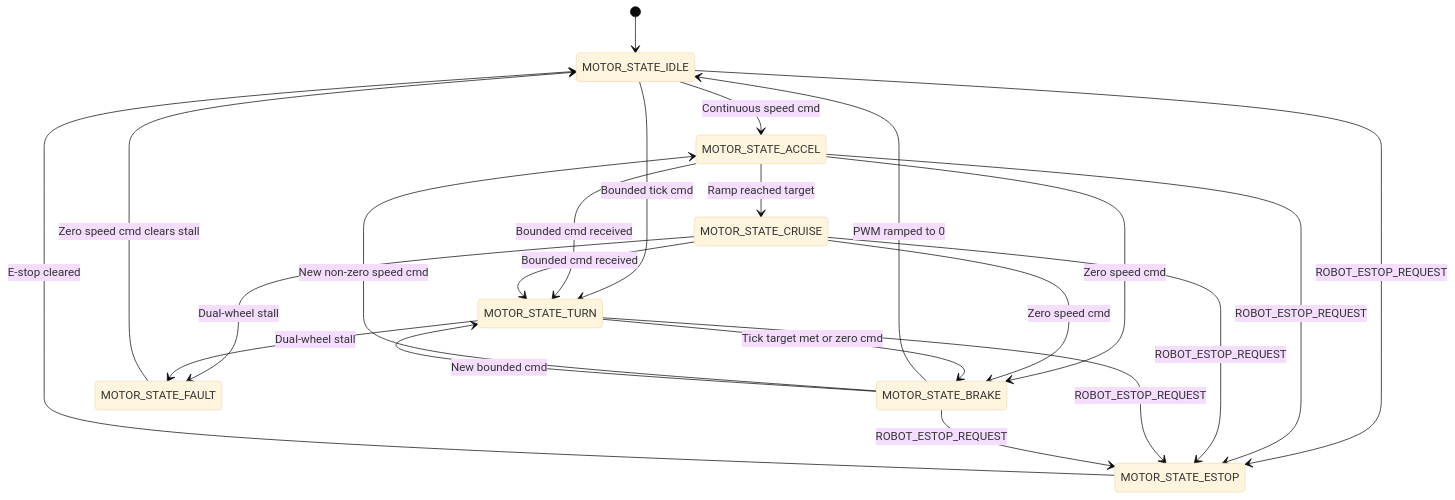
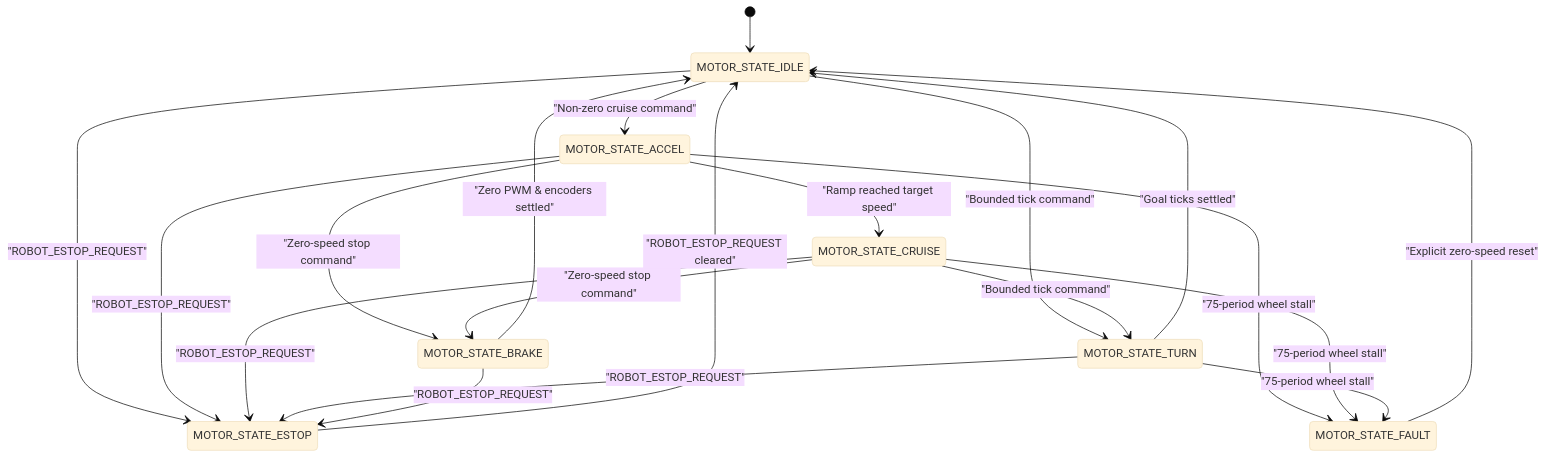
Before and after one commit to HingYuan/INF2004_EmbeddedSystems_Project: the fourth of 5 diagrams in docs/fsm_diagrams.md, drawn with Mermaid (base theme). The commit also changed other lines of this file and 61 other files, not shown here.

````diff
--- a/docs/fsm_diagrams.md
+++ b/docs/fsm_diagrams.md
@@ -54,24 +85,22 @@
 ```mermaid
 stateDiagram-v2
     [*] --> MOTOR_STATE_IDLE
-    MOTOR_STATE_IDLE --> MOTOR_STATE_ACCEL : Continuous speed cmd
-    MOTOR_STATE_IDLE --> MOTOR_STATE_TURN : Bounded tick cmd
-    MOTOR_STATE_ACCEL --> MOTOR_STATE_CRUISE : Ramp reached target
-    MOTOR_STATE_ACCEL --> MOTOR_STATE_TURN : Bounded cmd received
-    MOTOR_STATE_ACCEL --> MOTOR_STATE_BRAKE : Zero speed cmd
-    MOTOR_STATE_CRUISE --> MOTOR_STATE_TURN : Bounded cmd received
-    MOTOR_STATE_CRUISE --> MOTOR_STATE_BRAKE : Zero speed cmd
-    MOTOR_STATE_CRUISE --> MOTOR_STATE_FAULT : Dual-wheel stall
-    MOTOR_STATE_TURN --> MOTOR_STATE_BRAKE : Tick target met or zero cmd
-    MOTOR_STATE_TURN --> MOTOR_STATE_FAULT : Dual-wheel stall
-    MOTOR_STATE_BRAKE --> MOTOR_STATE_IDLE : PWM ramped to 0
-    MOTOR_STATE_BRAKE --> MOTOR_STATE_ACCEL : New non-zero speed cmd
-    MOTOR_STATE_BRAKE --> MOTOR_STATE_TURN : New bounded cmd
-    MOTOR_STATE_FAULT --> MOTOR_STATE_IDLE : Zero speed cmd clears stall
-    MOTOR_STATE_IDLE --> MOTOR_STATE_ESTOP : ROBOT_ESTOP_REQUEST
-    MOTOR_STATE_ACCEL --> MOTOR_STATE_ESTOP : ROBOT_ESTOP_REQUEST
-    MOTOR_STATE_CRUISE --> MOTOR_STATE_ESTOP : ROBOT_ESTOP_REQUEST
-    MOTOR_STATE_TURN --> MOTOR_STATE_ESTOP : ROBOT_ESTOP_REQUEST
-    MOTOR_STATE_BRAKE --> MOTOR_STATE_ESTOP : ROBOT_ESTOP_REQUEST
-    MOTOR_STATE_ESTOP --> MOTOR_STATE_IDLE : E-stop cleared
+    MOTOR_STATE_IDLE --> MOTOR_STATE_ACCEL : "Non-zero cruise command"
+    MOTOR_STATE_IDLE --> MOTOR_STATE_TURN : "Bounded tick command"
+    MOTOR_STATE_ACCEL --> MOTOR_STATE_CRUISE : "Ramp reached target speed"
+    MOTOR_STATE_ACCEL --> MOTOR_STATE_BRAKE : "Zero-speed stop command"
+    MOTOR_STATE_CRUISE --> MOTOR_STATE_BRAKE : "Zero-speed stop command"
+    MOTOR_STATE_CRUISE --> MOTOR_STATE_TURN : "Bounded tick command"
+    MOTOR_STATE_TURN --> MOTOR_STATE_IDLE : "Goal ticks settled"
+    MOTOR_STATE_BRAKE --> MOTOR_STATE_IDLE : "Zero PWM & encoders settled"
+    MOTOR_STATE_ACCEL --> MOTOR_STATE_FAULT : "75-period wheel stall"
+    MOTOR_STATE_CRUISE --> MOTOR_STATE_FAULT : "75-period wheel stall"
+    MOTOR_STATE_TURN --> MOTOR_STATE_FAULT : "75-period wheel stall"
+    MOTOR_STATE_FAULT --> MOTOR_STATE_IDLE : "Explicit zero-speed reset"
+    MOTOR_STATE_IDLE --> MOTOR_STATE_ESTOP : "ROBOT_ESTOP_REQUEST"
+    MOTOR_STATE_ACCEL --> MOTOR_STATE_ESTOP : "ROBOT_ESTOP_REQUEST"
+    MOTOR_STATE_CRUISE --> MOTOR_STATE_ESTOP : "ROBOT_ESTOP_REQUEST"
+    MOTOR_STATE_TURN --> MOTOR_STATE_ESTOP : "ROBOT_ESTOP_REQUEST"
+    MOTOR_STATE_BRAKE --> MOTOR_STATE_ESTOP : "ROBOT_ESTOP_REQUEST"
+    MOTOR_STATE_ESTOP --> MOTOR_STATE_IDLE : "ROBOT_ESTOP_REQUEST cleared"
 ```
````
